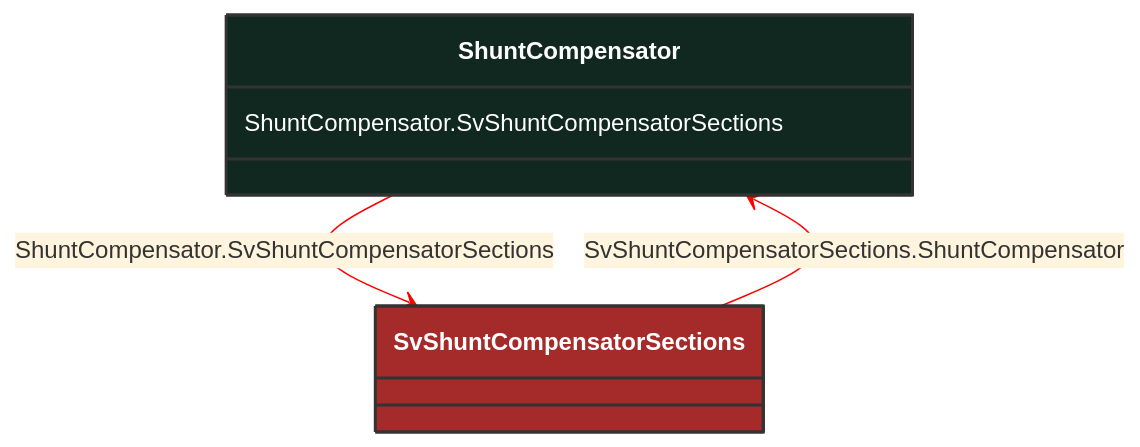
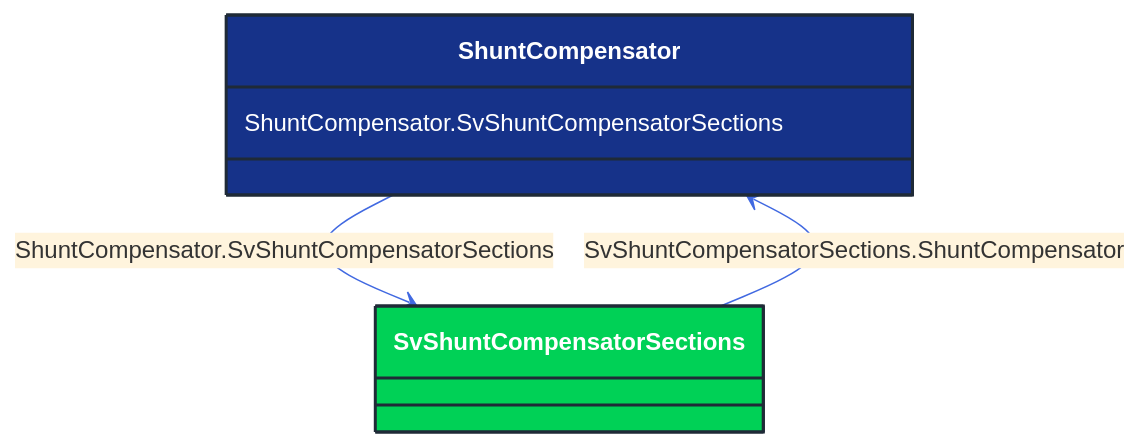
The diagram in docs/Models/Profiles/StateVariables/AbstractClasses/ShuntCompensator.md (3lbits/NoCIMExtensions), drawn with Mermaid before and after one commit. The commit also changed 362 other files, not shown here.

First line of the commit message:
Update diagrams and styles for improved visual consistency

````diff
--- a/docs/Models/Profiles/StateVariables/AbstractClasses/ShuntCompensator.md
+++ b/docs/Models/Profiles/StateVariables/AbstractClasses/ShuntCompensator.md
@@ -10,22 +10,22 @@
 ```mermaid
-%%{init: {'theme':'base','themeVariables': {'lineColor': '#FF0000'}}}%%
+%%{init: {'theme':'base','themeVariables': {'lineColor': '#4169E1'}}}%%
 classDiagram
     class ShuntCompensator
     click ShuntCompensator href "/Models/Profiles/StateVariables/AbstractClasses/ShuntCompensator/"
-    style ShuntCompensator fill:#102820,stroke:#333,stroke-width:2px,rx:10,ry:10,color:white
+    style ShuntCompensator fill:#163289,stroke:#1F2A37,stroke-width:2px,rx:10,ry:10,color:white
 
         ShuntCompensator --> SvShuntCompensatorSections : ShuntCompensator.SvShuntCompensatorSections
 
         SvShuntCompensatorSections
             click SvShuntCompensatorSections href "/Models/Profiles/StateVariables/ConcreteClasses/SvShuntCompensatorSections/"
-            style SvShuntCompensatorSections fill:#A52A2A,stroke:#333,stroke-width:2px,rx:10,ry:10,color:white
+            style SvShuntCompensatorSections fill:#00D156,stroke:#1F2A37,stroke-width:2px,rx:10,ry:10,color:white
 
         SvShuntCompensatorSections --> ShuntCompensator : SvShuntCompensatorSections.ShuntCompensator
 
         SvShuntCompensatorSections
             click SvShuntCompensatorSections href "/Models/Profiles/StateVariables/ConcreteClasses/SvShuntCompensatorSections/"
-            style SvShuntCompensatorSections fill:#A52A2A,stroke:#333,stroke-width:2px,rx:10,ry:10,color:white
+            style SvShuntCompensatorSections fill:#00D156,stroke:#1F2A37,stroke-width:2px,rx:10,ry:10,color:white
 
 
         ShuntCompensator : ShuntCompensator.SvShuntCompensatorSections
 ```
````
